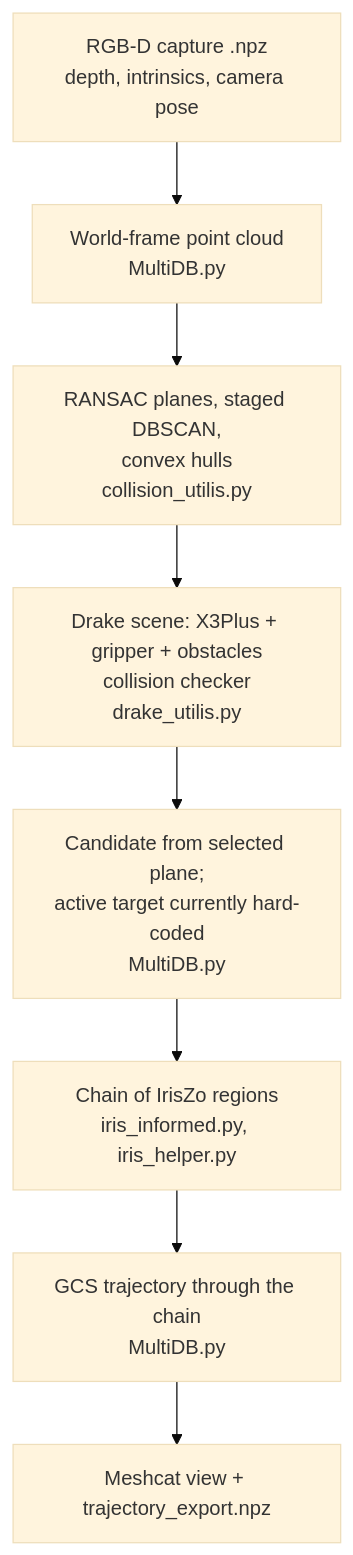
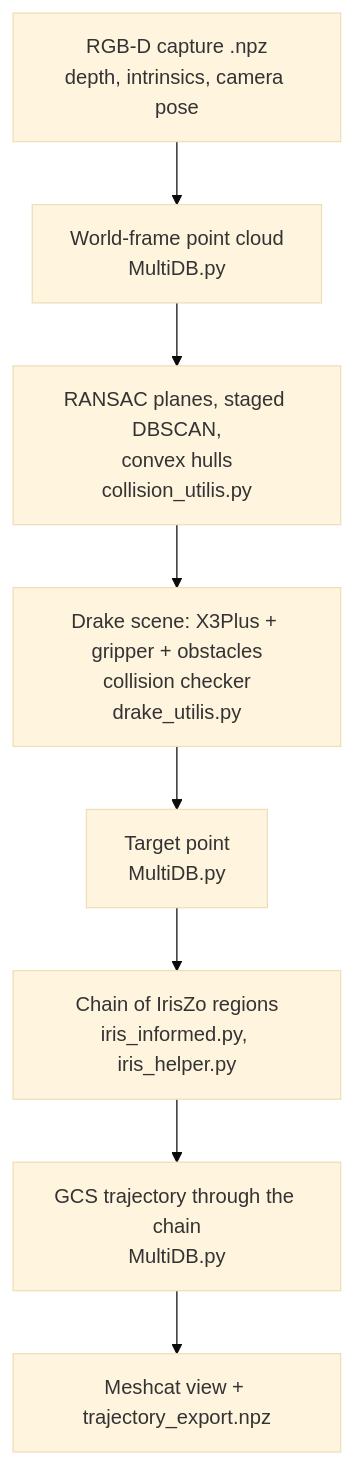
Before and after one commit to Kumaran1701/x3plus_ros2_ws: the first of 2 diagrams in x3plus_drake_planner/README.md, drawn with Mermaid (base theme). The commit also changed other lines of this file, not shown here.

````diff
--- a/x3plus_drake_planner/README.md
+++ b/x3plus_drake_planner/README.md
@@ -17,14 +13,14 @@
 ```mermaid
 flowchart TD
     CAP[RGB-D capture .npz<br/>depth, intrinsics, camera pose]
     CLOUD[World-frame point cloud<br/>MultiDB.py]
     GEOM[RANSAC planes, staged DBSCAN,<br/>convex hulls<br/>collision_utilis.py]
     SCENE[Drake scene: X3Plus + gripper + obstacles<br/>collision checker<br/>drake_utilis.py]
-    GOAL[Candidate from selected plane;<br/>active target currently hard-coded<br/>MultiDB.py]
+    GOAL[Target point<br/>MultiDB.py]
     IRIS[Chain of IrisZo regions<br/>iris_informed.py, iris_helper.py]
     GCS[GCS trajectory through the chain<br/>MultiDB.py]
     OUT[Meshcat view + trajectory_export.npz]
 
     CAP --> CLOUD --> GEOM --> SCENE
     SCENE --> GOAL --> IRIS --> GCS --> OUT
 ```
````
